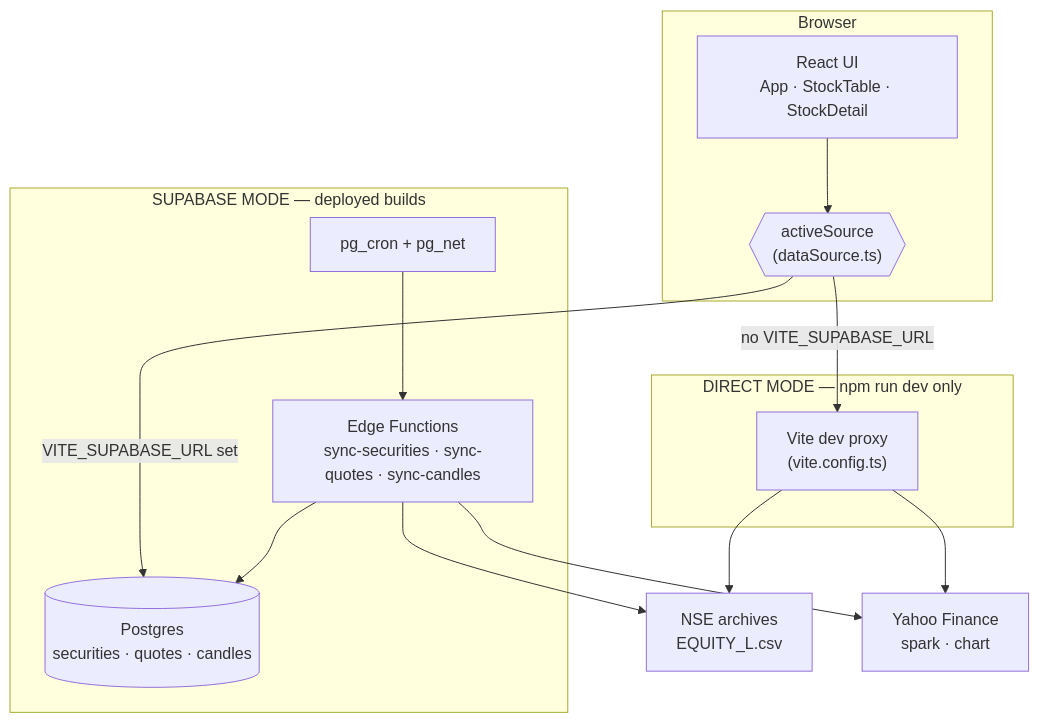
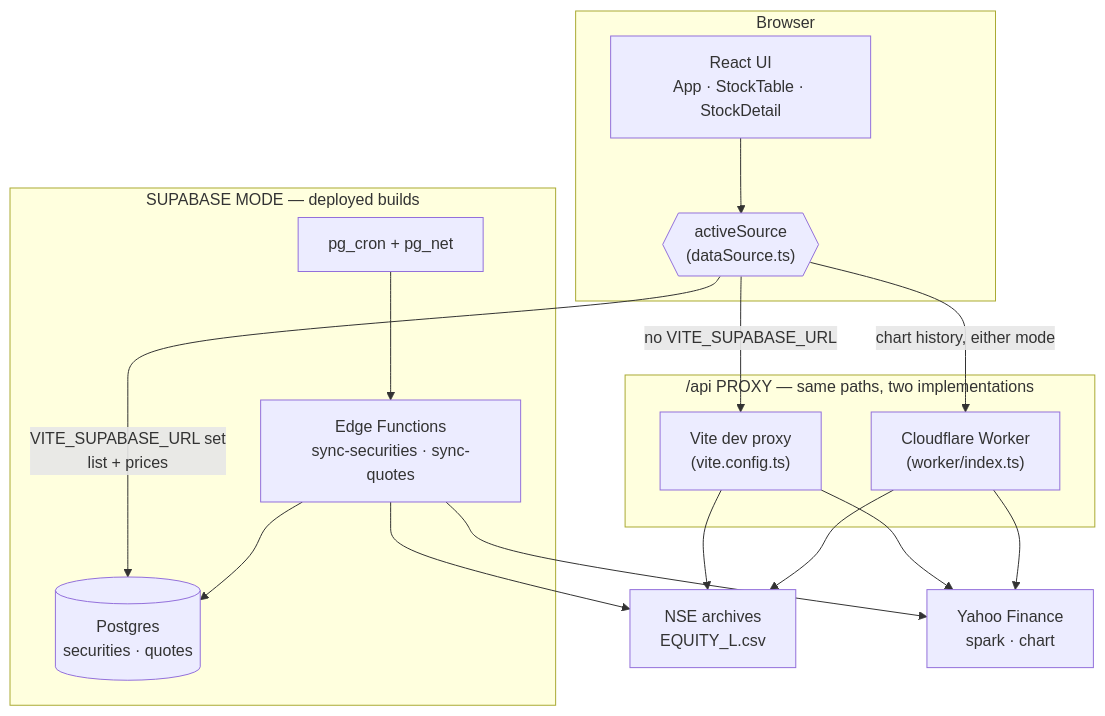
One commit to VihanRajpara/FiveAlpha changed the first of 2 diagrams in docs/01-overview.md. Above: the diagram before and after it, drawn with Mermaid. The commit also changed other lines of this file and 17 other files, not shown here.

````diff
--- a/docs/01-overview.md
+++ b/docs/01-overview.md
@@ -19,30 +19,34 @@
 ```mermaid
 flowchart TB
     subgraph browser["Browser"]
         UI["React UI<br/>App · StockTable · StockDetail"]
         DS{{"activeSource<br/>(dataSource.ts)"}}
     end
 
-    subgraph direct["DIRECT MODE — npm run dev only"]
+    subgraph proxy["/api PROXY — same paths, two implementations"]
         VP["Vite dev proxy<br/>(vite.config.ts)"]
+        CF["Cloudflare Worker<br/>(worker/index.ts)"]
     end
 
     subgraph supa["SUPABASE MODE — deployed builds"]
-        EF["Edge Functions<br/>sync-securities · sync-quotes · sync-candles"]
-        PG[("Postgres<br/>securities · quotes · candles")]
+        EF["Edge Functions<br/>sync-securities · sync-quotes"]
+        PG[("Postgres<br/>securities · quotes")]
         CR["pg_cron + pg_net"]
     end
 
     NSE["NSE archives<br/>EQUITY_L.csv"]
     YF["Yahoo Finance<br/>spark · chart"]
 
     UI --> DS
     DS -->|"no VITE_SUPABASE_URL"| VP
-    DS -->|"VITE_SUPABASE_URL set"| PG
+    DS -->|"VITE_SUPABASE_URL set<br/>list + prices"| PG
+    DS -->|"chart history, either mode"| CF
     VP --> NSE
     VP --> YF
+    CF --> YF
+    CF --> NSE
     CR --> EF
     EF --> NSE
     EF --> YF
     EF --> PG
 ```
````
